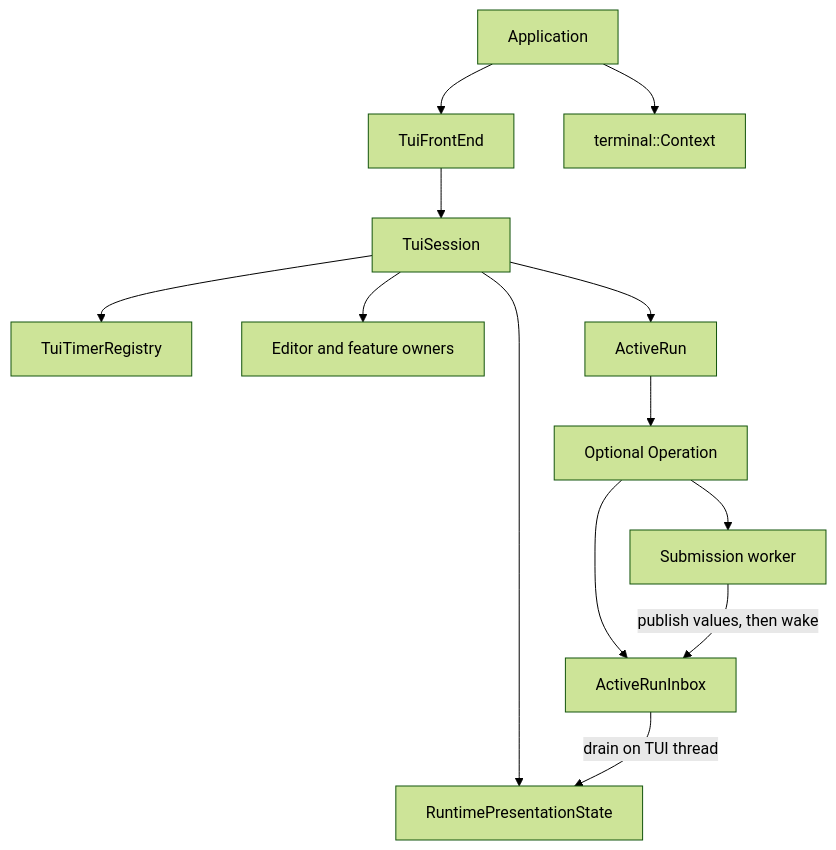
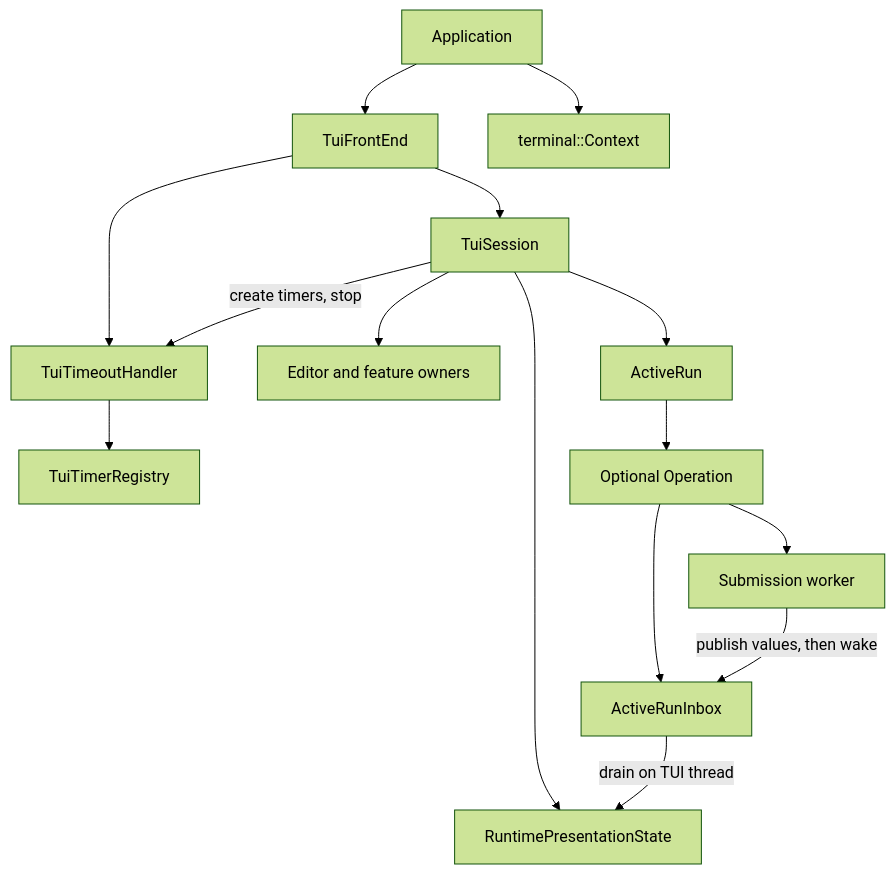
One commit to Artificial-Source/AVA changed the diagram in docs/engineering/tui-architecture.md. Above: the diagram before and after it, drawn with Mermaid (forest theme). The commit also changed other lines of this file and 27 other files, not shown here.

First line of the commit message:
Move all timer state out of TuiSession and into TuiTimeoutHandler.

````diff
--- a/docs/engineering/tui-architecture.md
+++ b/docs/engineering/tui-architecture.md
@@ -100,15 +101,17 @@
 ```mermaid
 flowchart TD
   App[Application] --> Frontend[TuiFrontEnd]
   App --> Context[terminal::Context]
   Frontend --> Session[TuiSession]
-  Session --> Registry[TuiTimerRegistry]
+  Frontend --> Timeout[TuiTimeoutHandler]
+  Timeout --> Registry[TuiTimerRegistry]
+  Session -->|create timers, stop| Timeout
   Session --> State[RuntimePresentationState]
   Session --> Features[Editor and feature owners]
   Session --> Run[ActiveRun]
   Run --> Operation[Optional Operation]
   Operation --> Inbox[ActiveRunInbox]
   Operation --> Worker[Submission worker]
   Worker -->|publish values, then wake| Inbox
   Inbox -->|drain on TUI thread| State
 ```
````
